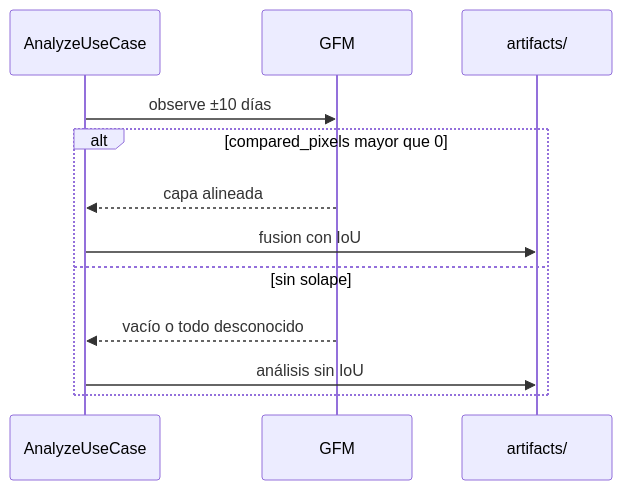
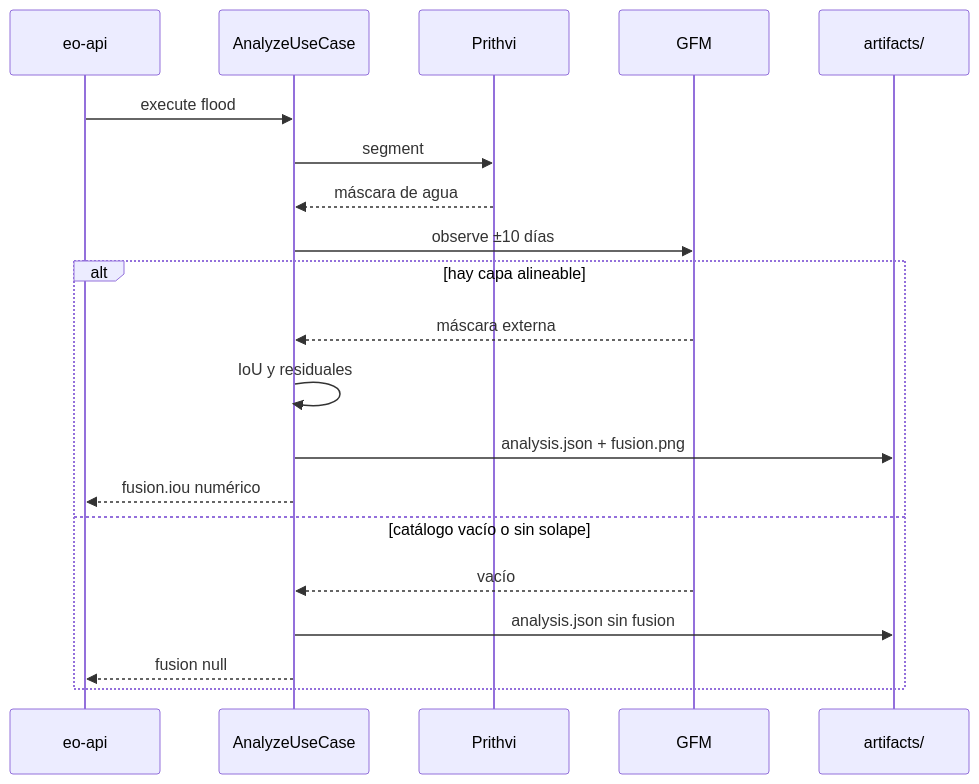
Before and after one commit to Charlsz/Tune: the fifth of 6 diagrams in docs/InformeFinal.md, drawn with Mermaid. The commit also changed other lines of this file, not shown here.

Commit message:
Align final-report architecture diagrams with source Mermaid files.

````diff
--- a/docs/InformeFinal.md
+++ b/docs/InformeFinal.md
@@ -243,14 +309,23 @@
 ```mermaid
 sequenceDiagram
+  participant API as eo-api
   participant UC as AnalyzeUseCase
+  participant P as Prithvi
   participant G as GFM
   participant D as artifacts/
+
+  API->>UC: execute flood
+  UC->>P: segment
+  P-->>UC: máscara de agua
   UC->>G: observe ±10 días
-  alt compared_pixels mayor que 0
-    G-->>UC: capa alineada
-    UC->>D: fusion con IoU
-  else sin solape
-    G-->>UC: vacío o todo desconocido
-    UC->>D: análisis sin IoU
+  alt hay capa alineable
+    G-->>UC: máscara externa
+    UC->>UC: IoU y residuales
+    UC->>D: analysis.json + fusion.png
+    UC-->>API: fusion.iou numérico
+  else catálogo vacío o sin solape
+    G-->>UC: vacío
+    UC->>D: analysis.json sin fusion
+    UC-->>API: fusion null
   end
 ```
````
